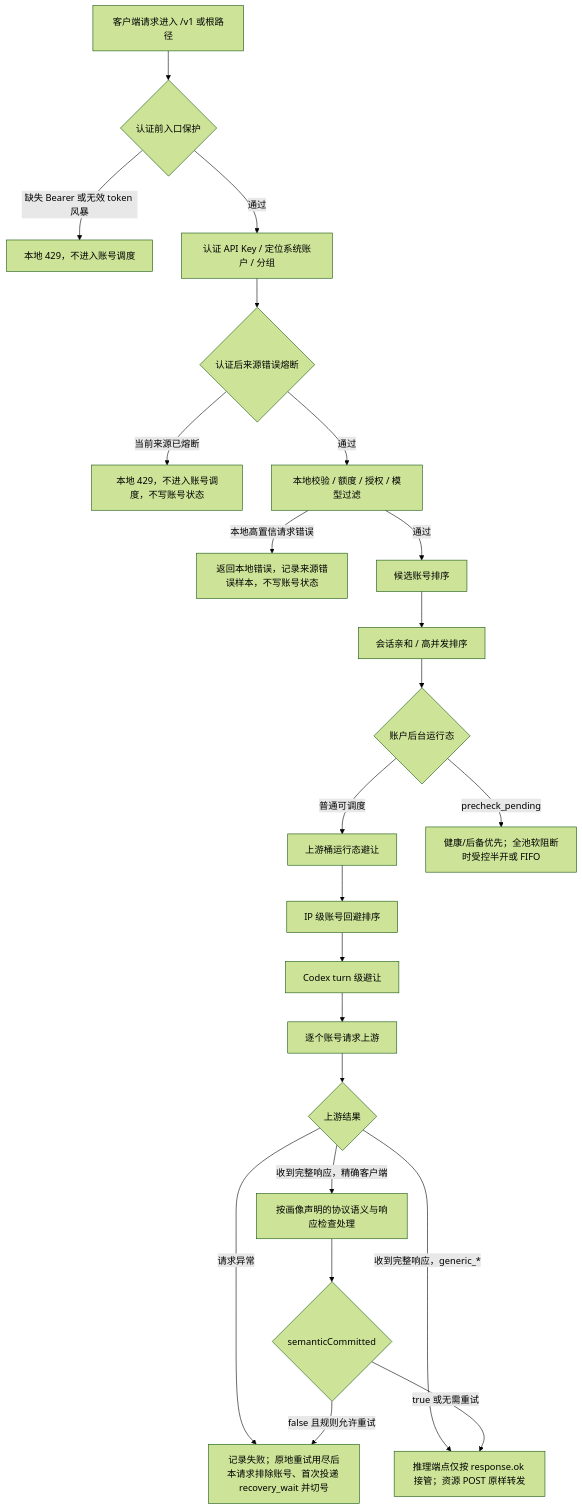
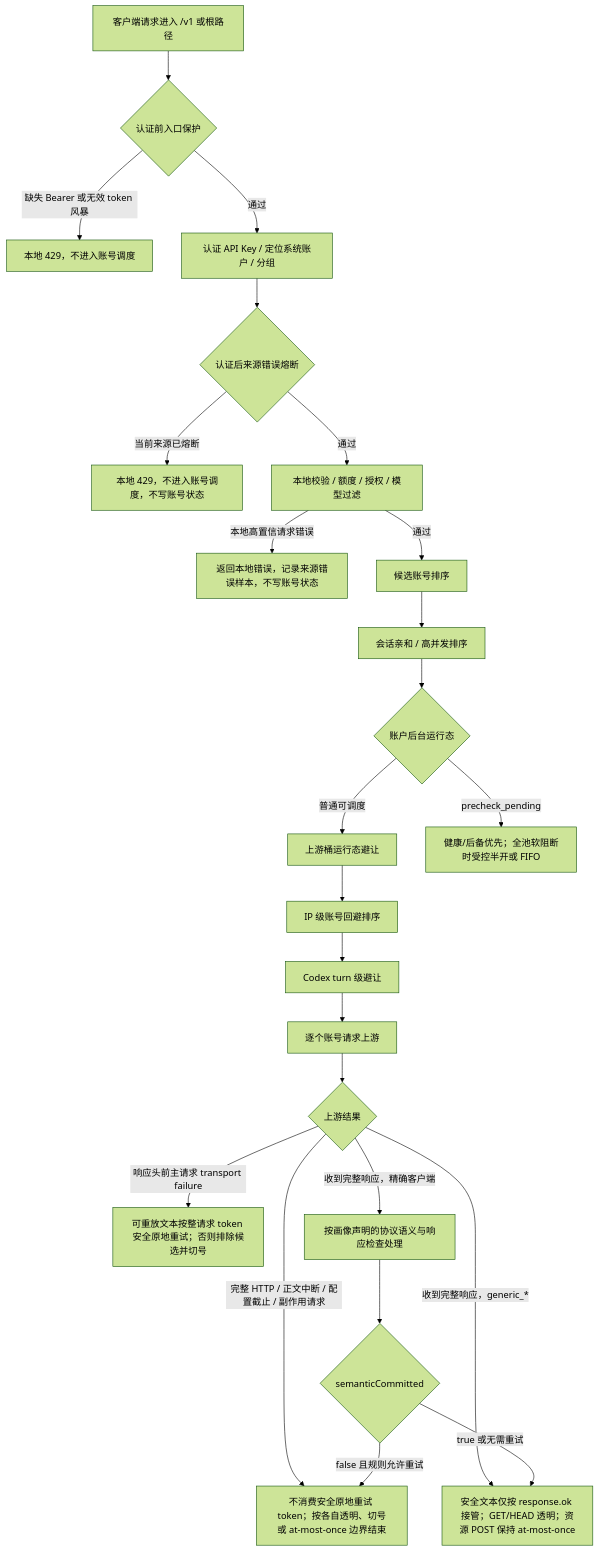
One commit to huanmin123/juhe-ai changed the diagram in docs/functions/网关错误处理完整链路.md. Above: the diagram before and after it, drawn with Mermaid (forest theme). The commit also changed other lines of this file and 290 other files, not shown here.

````diff
--- a/docs/functions/网关错误处理完整链路.md
+++ b/docs/functions/网关错误处理完整链路.md
@@ -53,25 +53,26 @@
 ```mermaid
 flowchart TD
   A["客户端请求进入 /v1 或根路径"] --> B{"认证前入口保护"}
   B -- "缺失 Bearer 或无效 token 风暴" --> B1["本地 429，不进入账号调度"]
   B -- "通过" --> C["认证 API Key / 定位系统账户 / 分组"]
   C --> D{"认证后来源错误熔断"}
   D -- "当前来源已熔断" --> D1["本地 429，不进入账号调度，不写账号状态"]
   D -- "通过" --> E["本地校验 / 额度 / 授权 / 模型过滤"]
   E -- "本地高置信请求错误" --> E1["返回本地错误，记录来源错误样本，不写账号状态"]
   E -- "通过" --> F["候选账号排序"]
   F --> F1["会话亲和 / 高并发排序"]
   F1 --> F2{"账户后台运行态"}
   F2 -- "普通可调度" --> F3["上游桶运行态避让"]
   F2 -- "precheck_pending" --> F2A["健康/后备优先；全池软阻断时受控半开或 FIFO"]
   F3 --> F4["IP 级账号回避排序"]
   F4 --> F5["Codex turn 级避让"]
   F5 --> G["逐个账号请求上游"]
   G --> H{"上游结果"}
-  H -- "请求异常" --> I["记录失败；原地重试用尽后本请求排除账号、首次投递 recovery_wait 并切号"]
-  H -- "收到完整响应，generic_*" --> J["推理端点仅按 response.ok 接管；资源 POST 原样转发"]
+  H -- "响应头前主请求 transport failure" --> I["可重放文本按整请求 token 安全原地重试；否则排除候选并切号"]
+  H -- "完整 HTTP / 正文中断 / 配置截止 / 副作用请求" --> I2["不消费安全原地重试 token；按各自透明、切号或 at-most-once 边界结束"]
+  H -- "收到完整响应，generic_*" --> J["安全文本仅按 response.ok 接管；GET/HEAD 透明；资源 POST 保持 at-most-once"]
   H -- "收到完整响应，精确客户端" --> K["按画像声明的协议语义与响应检查处理"]
   K --> L{"semanticCommitted"}
-  L -- "false 且规则允许重试" --> I
+  L -- "false 且规则允许重试" --> I2
   L -- "true 或无需重试" --> J
 ```
````
